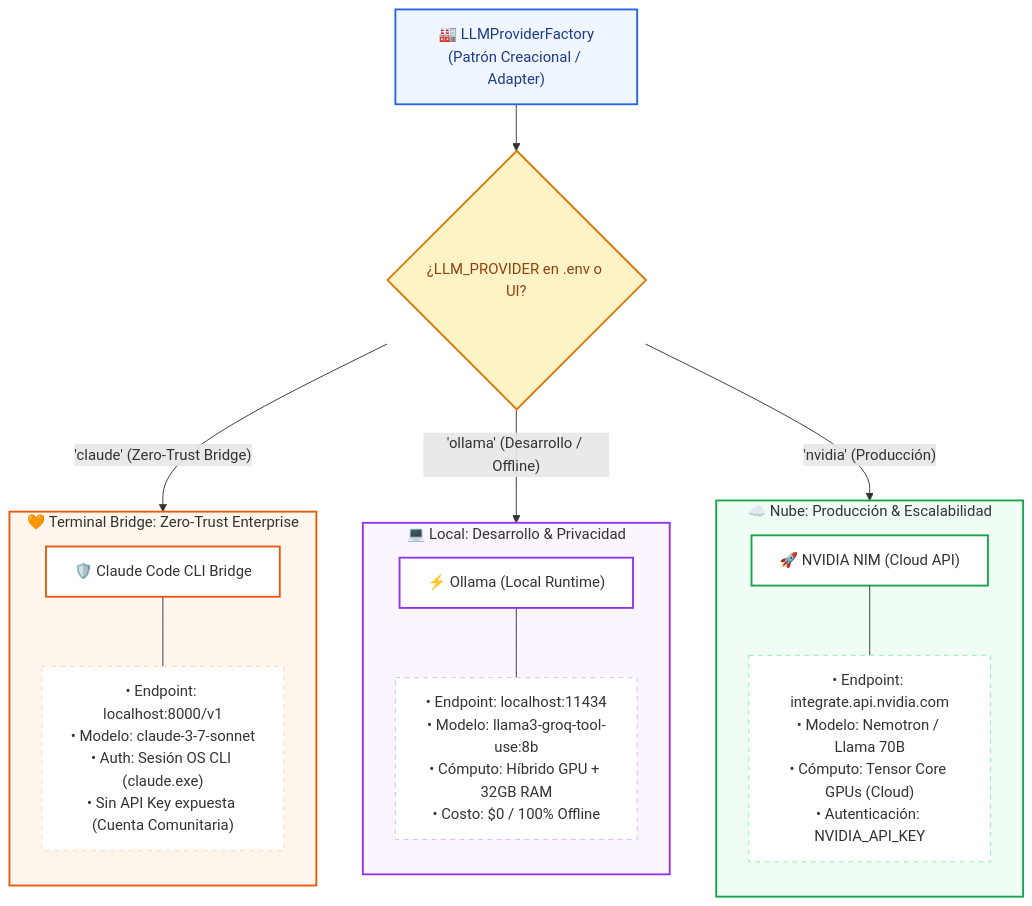
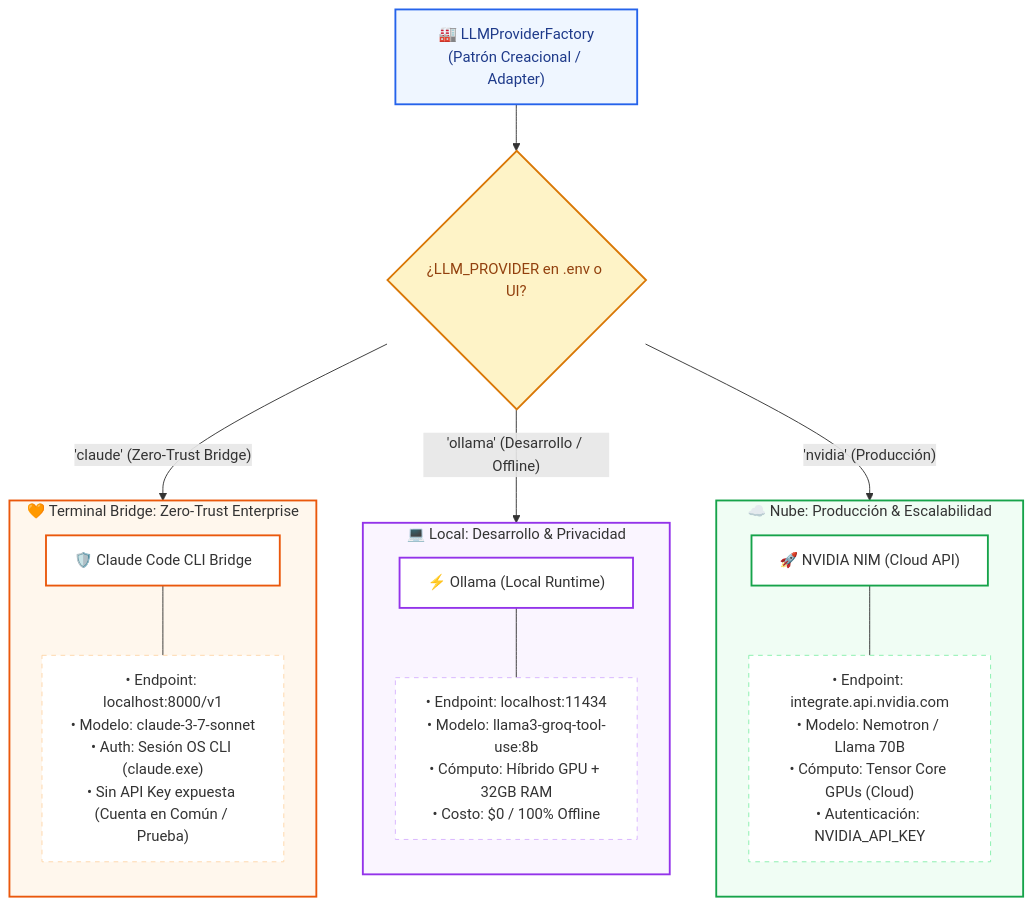
The first of 5 diagrams in README.md (emmanuelsvaldez/bootcamp-skala-sem2-nim-mcp), drawn with Mermaid before and after one commit. The commit also changed other lines of this file and 2 other files, not shown here.

Commit message:
docs: remover referencias a slides, integrar latencias claude en benchmark 8.3 y estandarizar cuentas en comun de prueba

````diff
--- a/README.md
+++ b/README.md
@@ -39,43 +39,43 @@
 ```mermaid
 flowchart TD
     Factory["🏭 LLMProviderFactory\n(Patrón Creacional / Adapter)"]
     Decision{"¿LLM_PROVIDER en .env o UI?"}
     
     subgraph Cloud ["☁️ Nube: Producción & Escalabilidad"]
         direction TB
         NIM["🚀 NVIDIA NIM (Cloud API)"]
         NIM_Det["• Endpoint: integrate.api.nvidia.com\n• Modelo: Nemotron / Llama 70B\n• Cómputo: Tensor Core GPUs (Cloud)\n• Autenticación: NVIDIA_API_KEY"]
         NIM --- NIM_Det
     end
 
     subgraph Local ["💻 Local: Desarrollo & Privacidad"]
         direction TB
         Ollama["⚡ Ollama (Local Runtime)"]
         OLL_Det["• Endpoint: localhost:11434\n• Modelo: llama3-groq-tool-use:8b\n• Cómputo: Híbrido GPU + 32GB RAM\n• Costo: $0 / 100% Offline"]
         Ollama --- OLL_Det
     end
 
     subgraph Bridge ["🧡 Terminal Bridge: Zero-Trust Enterprise"]
         direction TB
         Claude["🛡️ Claude Code CLI Bridge"]
-        CLD_Det["• Endpoint: localhost:8000/v1\n• Modelo: claude-3-7-sonnet\n• Auth: Sesión OS CLI (claude.exe)\n• Sin API Key expuesta (Cuenta Comunitaria)"]
+        CLD_Det["• Endpoint: localhost:8000/v1\n• Modelo: claude-3-7-sonnet\n• Auth: Sesión OS CLI (claude.exe)\n• Sin API Key expuesta (Cuenta en Común / Prueba)"]
         Claude --- CLD_Det
     end
 
     Factory --> Decision
     Decision -- "'nvidia' (Producción)" --> NIM
     Decision -- "'ollama' (Desarrollo / Offline)" --> Ollama
     Decision -- "'claude' (Zero-Trust Bridge)" --> Claude
 
     style Factory fill:#eff6ff,stroke:#2563eb,stroke-width:2px,color:#1e3a8a
     style Decision fill:#fef3c7,stroke:#d97706,stroke-width:2px,color:#92400e
     style Cloud fill:#f0fdf4,stroke:#16a34a,stroke-width:2px
     style Local fill:#faf5ff,stroke:#9333ea,stroke-width:2px
     style Bridge fill:#fff7ed,stroke:#ea580c,stroke-width:2px
     style NIM fill:#ffffff,stroke:#16a34a,stroke-width:2px
     style Ollama fill:#ffffff,stroke:#9333ea,stroke-width:2px
     style Claude fill:#ffffff,stroke:#ea580c,stroke-width:2px
     style NIM_Det fill:#ffffff,stroke:#86efac,stroke-dasharray: 5 5
     style OLL_Det fill:#ffffff,stroke:#d8b4fe,stroke-dasharray: 5 5
     style CLD_Det fill:#ffffff,stroke:#fed7aa,stroke-dasharray: 5 5
 ```
````
